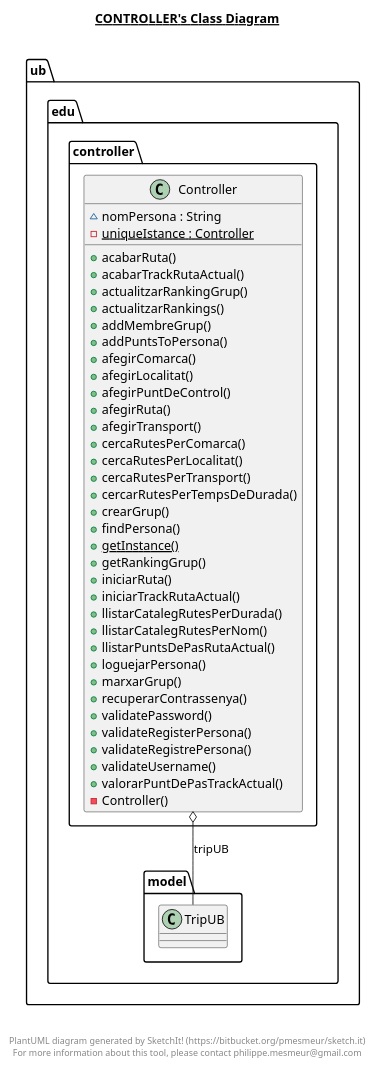
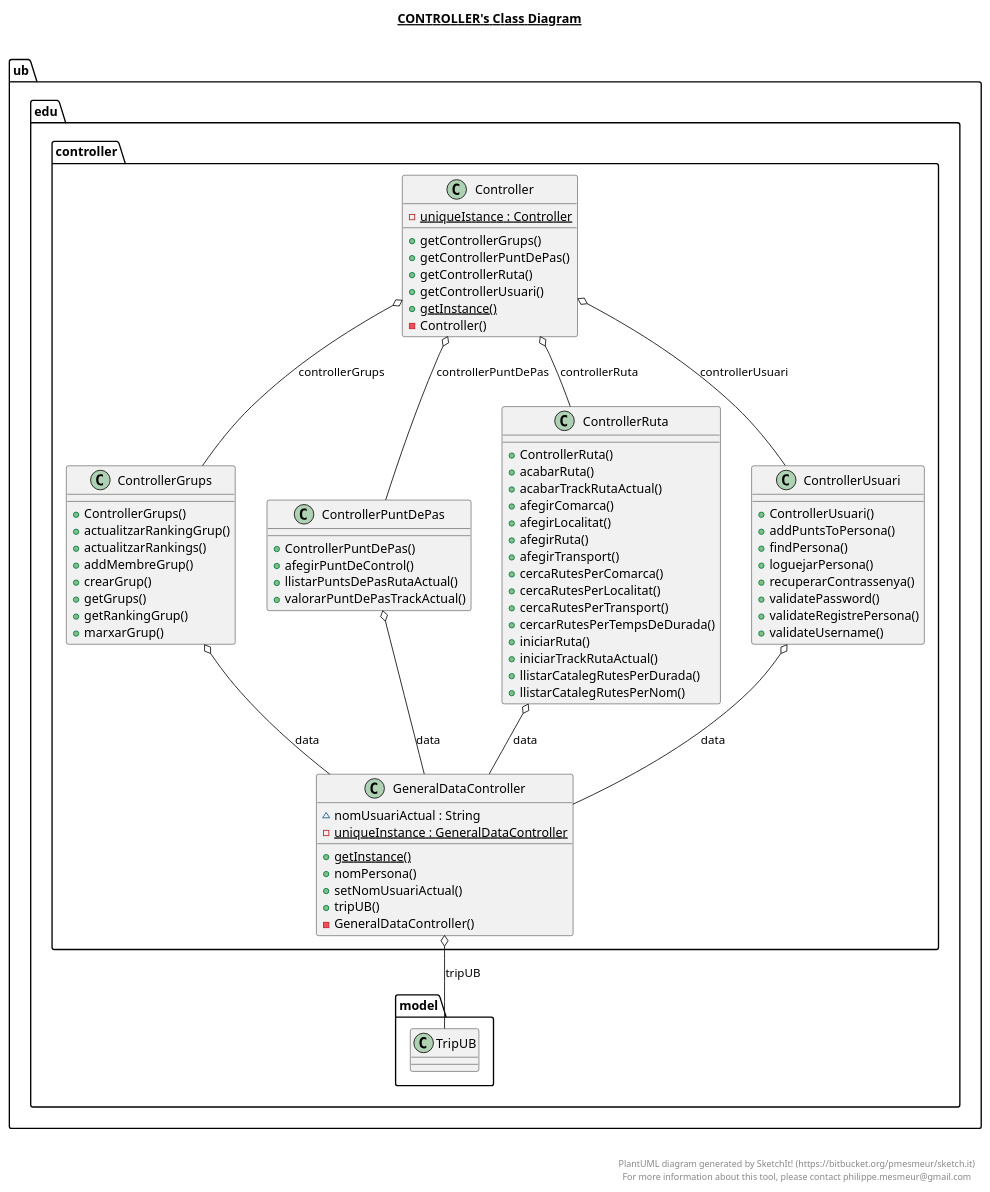
The diagram in src/ub/edu/controller/controller.plantuml (Samot2003/p3-tripu-dao-a12_reava), drawn with PlantUML before and after one commit. The commit also changed 35 other files, not shown here.

```diff
--- a/src/ub/edu/controller/controller.plantuml
+++ b/src/ub/edu/controller/controller.plantuml
@@ -1,56 +1,108 @@
 @startuml
 
 title __CONTROLLER's Class Diagram__\n
 
   namespace ub.edu.controller {
     class ub.edu.controller.Controller {
-        ~ nomPersona : String
         {static} - uniqueIstance : Controller
-        + acabarRuta()
-        + acabarTrackRutaActual()
+        + getControllerGrups()
+        + getControllerPuntDePas()
+        + getControllerRuta()
+        + getControllerUsuari()
+        {static} + getInstance()
+        - Controller()
+    }
+  }
+  
+
+  namespace ub.edu.controller {
+    class ub.edu.controller.ControllerGrups {
+        + ControllerGrups()
         + actualitzarRankingGrup()
         + actualitzarRankings()
         + addMembreGrup()
-        + addPuntsToPersona()
+        + crearGrup()
+        + getGrups()
+        + getRankingGrup()
+        + marxarGrup()
+    }
+  }
+  
+
+  namespace ub.edu.controller {
+    class ub.edu.controller.ControllerPuntDePas {
+        + ControllerPuntDePas()
+        + afegirPuntDeControl()
+        + llistarPuntsDePasRutaActual()
+        + valorarPuntDePasTrackActual()
+    }
+  }
+  
+
+  namespace ub.edu.controller {
+    class ub.edu.controller.ControllerRuta {
+        + ControllerRuta()
+        + acabarRuta()
+        + acabarTrackRutaActual()
         + afegirComarca()
         + afegirLocalitat()
-        + afegirPuntDeControl()
         + afegirRuta()
         + afegirTransport()
         + cercaRutesPerComarca()
         + cercaRutesPerLocalitat()
         + cercaRutesPerTransport()
         + cercarRutesPerTempsDeDurada()
-        + crearGrup()
-        + findPersona()
-        {static} + getInstance()
-        + getRankingGrup()
         + iniciarRuta()
         + iniciarTrackRutaActual()
         + llistarCatalegRutesPerDurada()
         + llistarCatalegRutesPerNom()
-        + llistarPuntsDePasRutaActual()
-        + loguejarPersona()
-        + marxarGrup()
-        + recuperarContrassenya()
-        + validatePassword()
-        + validateRegisterPersona()
-        + validateRegistrePersona()
-        + validateUsername()
-        + valorarPuntDePasTrackActual()
-        - Controller()
     }
   }
   
 
-  ub.edu.controller.Controller o-- ub.edu.model.TripUB : tripUB
+  namespace ub.edu.controller {
+    class ub.edu.controller.ControllerUsuari {
+        + ControllerUsuari()
+        + addPuntsToPersona()
+        + findPersona()
+        + loguejarPersona()
+        + recuperarContrassenya()
+        + validatePassword()
+        + validateRegistrePersona()
+        + validateUsername()
+    }
+  }
+  
+
+  namespace ub.edu.controller {
+    class ub.edu.controller.GeneralDataController {
+        ~ nomUsuariActual : String
+        {static} - uniqueInstance : GeneralDataController
+        {static} + getInstance()
+        + nomPersona()
+        + setNomUsuariActual()
+        + tripUB()
+        - GeneralDataController()
+    }
+  }
+  
+
+  ub.edu.controller.Controller o-- ub.edu.controller.ControllerGrups : controllerGrups
+  ub.edu.controller.Controller o-- ub.edu.controller.ControllerPuntDePas : controllerPuntDePas
+  ub.edu.controller.Controller o-- ub.edu.controller.ControllerRuta : controllerRuta
+  ub.edu.controller.Controller o-- ub.edu.controller.ControllerUsuari : controllerUsuari
+  ub.edu.controller.ControllerGrups o-- ub.edu.controller.GeneralDataController : data
+  ub.edu.controller.ControllerPuntDePas o-- ub.edu.controller.GeneralDataController : data
+  ub.edu.controller.ControllerRuta o-- ub.edu.controller.GeneralDataController : data
+  ub.edu.controller.ControllerUsuari o-- ub.edu.controller.GeneralDataController : data
+  ub.edu.controller.GeneralDataController o-- ub.edu.model.TripUB : tripUB
 
 
 right footer
 
 
 PlantUML diagram generated by SketchIt! (https://bitbucket.org/pmesmeur/sketch.it)
 For more information about this tool, please contact philippe.mesmeur@gmail.com
 endfooter
 
 @enduml
```
